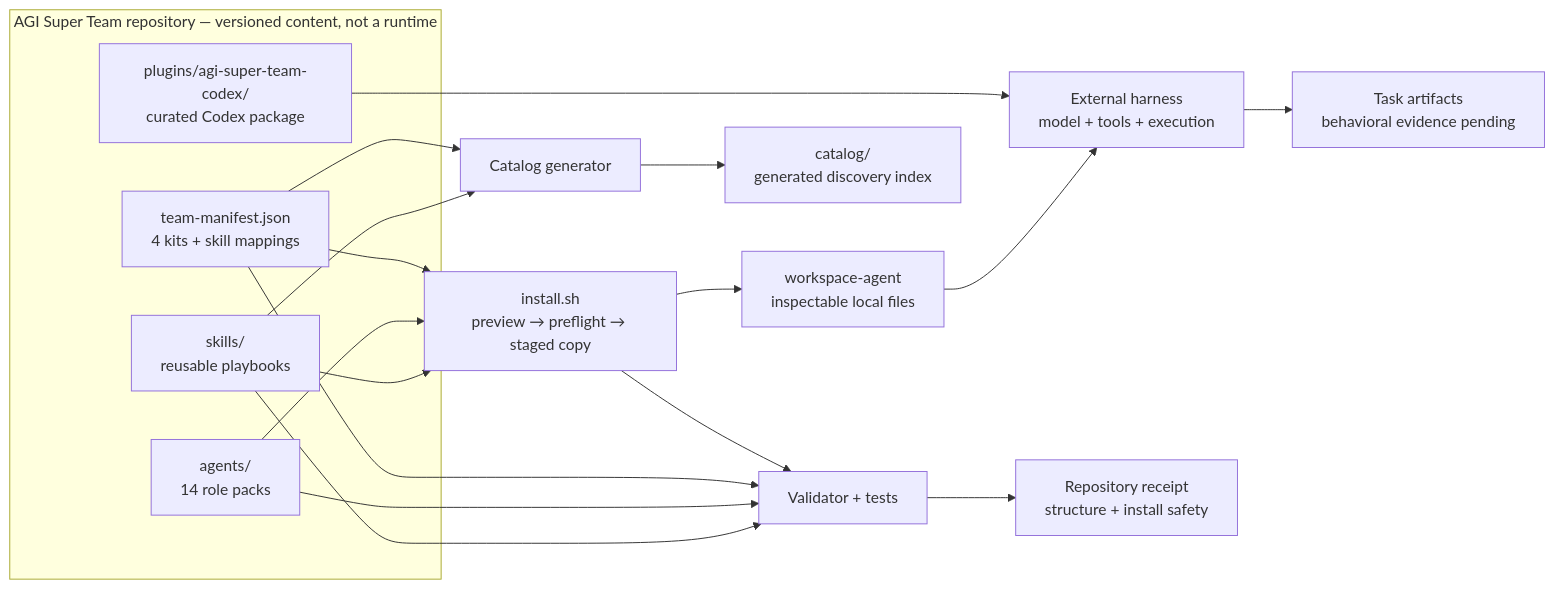
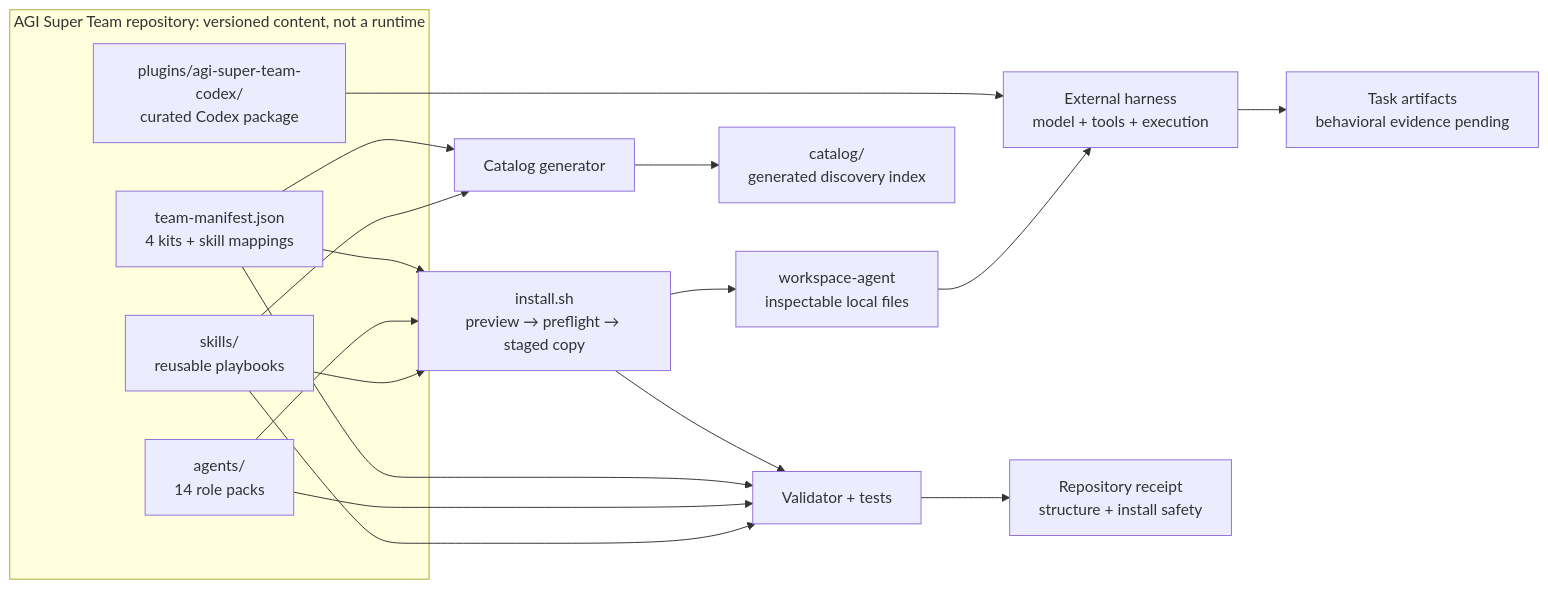
The second of 2 diagrams in README.md (aAAaqwq/AGI-Super-Skills), drawn with Mermaid before and after one commit. The commit also changed other lines of this file and 44 other files, not shown here.

Commit message:
refactor(repo): deepen skill quality and public architecture

````diff
--- a/README.md
+++ b/README.md
@@ -169,27 +174,27 @@
 ```mermaid
 flowchart LR
-  subgraph R["AGI Super Team repository — versioned content, not a runtime"]
+  subgraph R["AGI Super Team repository: versioned content, not a runtime"]
     S["skills/<br/>reusable playbooks"]
     A["agents/<br/>14 role packs"]
     M["team-manifest.json<br/>4 kits + skill mappings"]
     C["plugins/agi-super-team-codex/<br/>curated Codex package"]
   end
 
   S --> I["install.sh<br/>preview → preflight → staged copy"]
   A --> I
   M --> I
   I --> W["workspace-agent<br/>inspectable local files"]
   W --> H["External harness<br/>model + tools + execution"]
   C --> H
   H --> O["Task artifacts<br/>behavioral evidence pending"]
 
   S --> G["Catalog generator"]
   M --> G
   G --> K["catalog/<br/>generated discovery index"]
 
   S --> V["Validator + tests"]
   A --> V
   M --> V
   I --> V
   V --> E["Repository receipt<br/>structure + install safety"]
 ```
````
